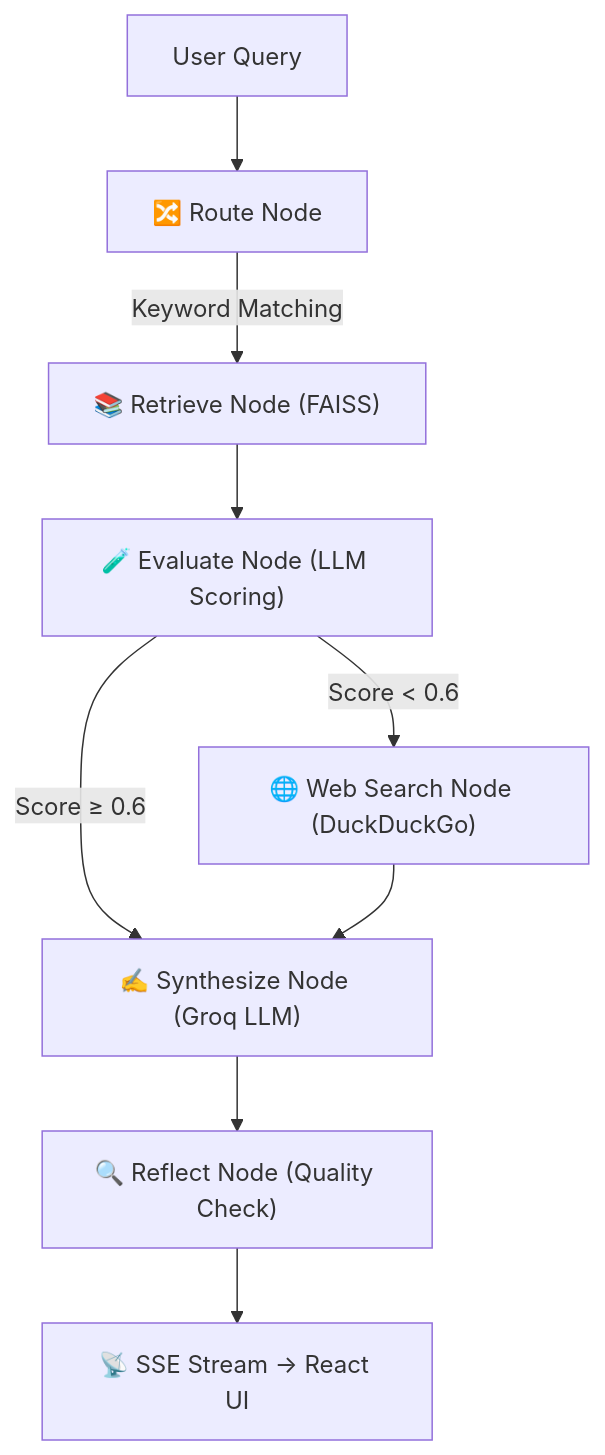
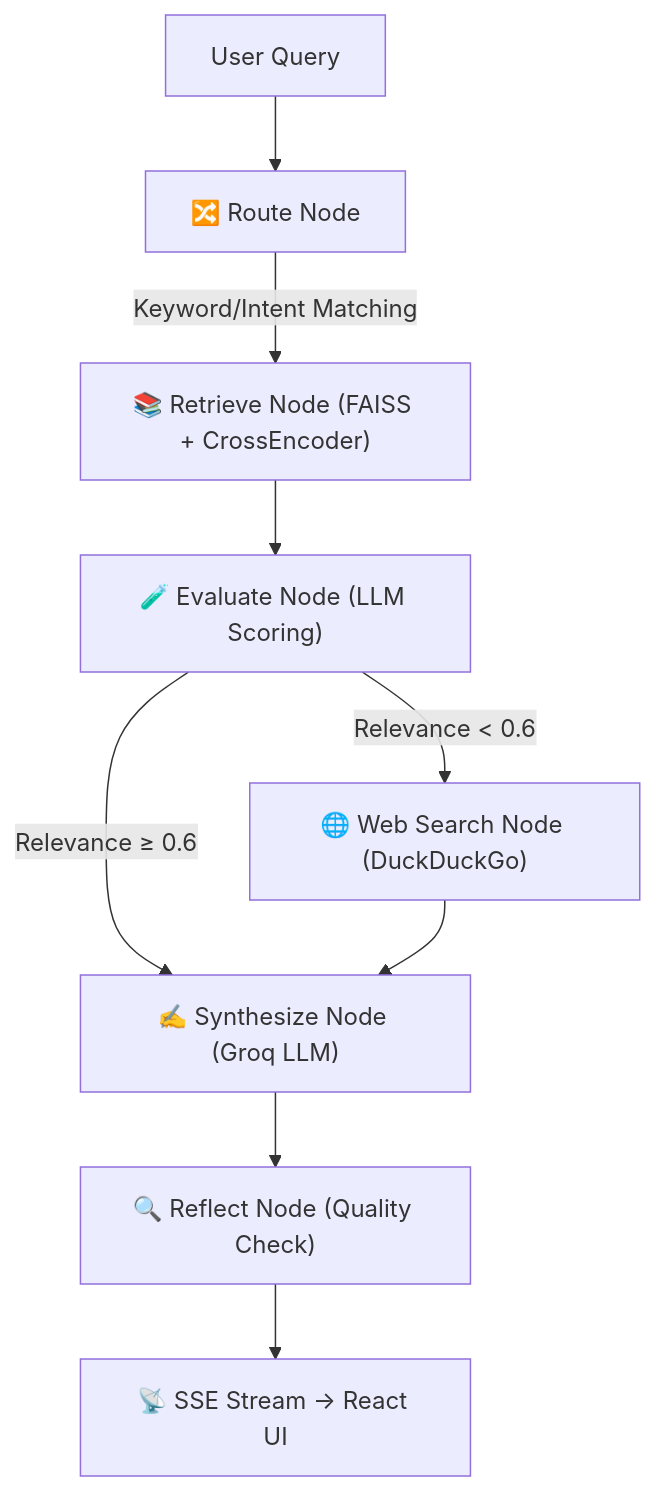
One commit to Rishik-sai/agrimitraai changed the diagram in README.md. Above: the diagram before and after it, drawn with Mermaid. The commit also changed other lines of this file and 23 other files, not shown here.

Commit message:
feat: complete Month 2-3 upgrades — Whisper voice, Redis caching, structlog observability, CrossEncoder re-ranking, multilingual embeddings, deployment configs, and README polish

````diff
--- a/README.md
+++ b/README.md
@@ -51,11 +60,11 @@
 ```mermaid
 graph TD
     A[User Query] --> B["🔀 Route Node"]
-    B -->|Keyword Matching| C["📚 Retrieve Node (FAISS)"]
+    B -->|Keyword/Intent Matching| C["📚 Retrieve Node (FAISS + CrossEncoder)"]
     C --> D["🧪 Evaluate Node (LLM Scoring)"]
-    D -->|Score ≥ 0.6| F["✍️ Synthesize Node (Groq LLM)"]
-    D -->|Score < 0.6| E["🌐 Web Search Node (DuckDuckGo)"]
+    D -->|Relevance ≥ 0.6| F["✍️ Synthesize Node (Groq LLM)"]
+    D -->|Relevance < 0.6| E["🌐 Web Search Node (DuckDuckGo)"]
     E --> F
     F --> G["🔍 Reflect Node (Quality Check)"]
     G --> H["📡 SSE Stream → React UI"]
 ```
````
